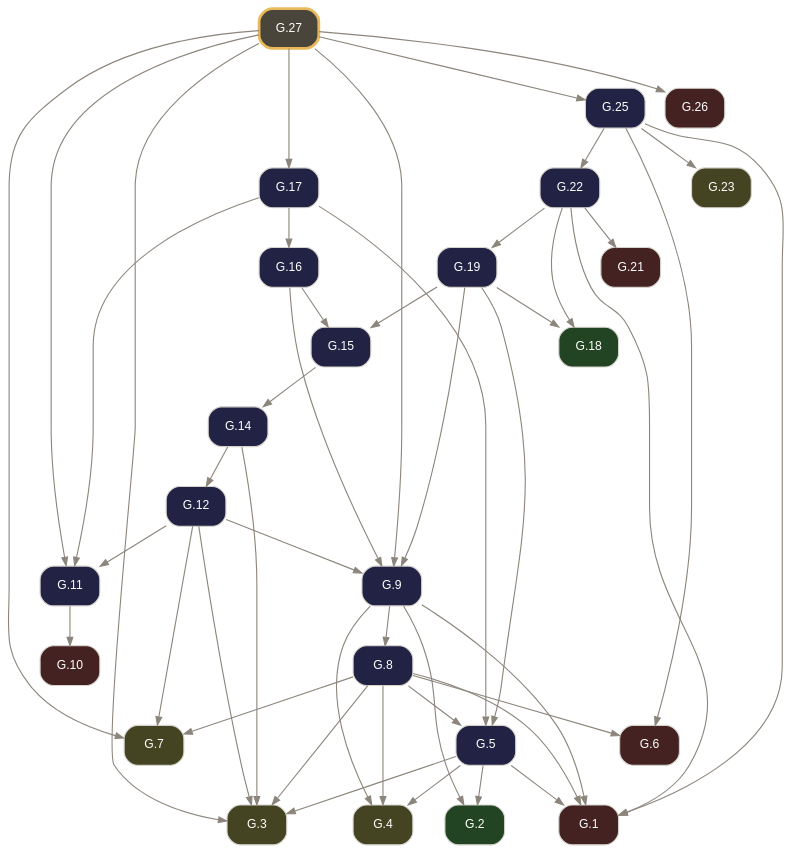
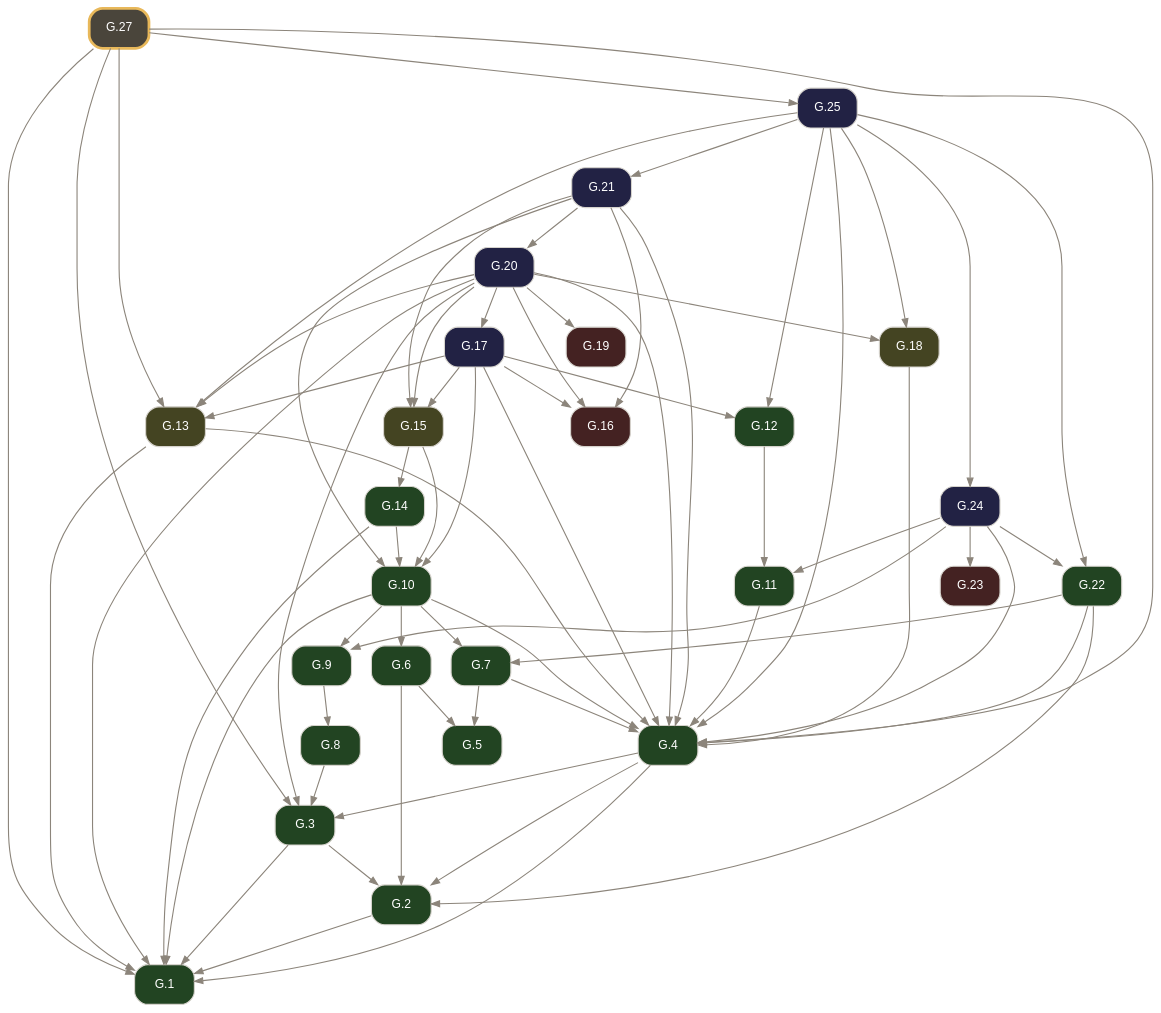
Before and after one commit to geometor/elements: the diagram in docsrc/elements2/G.27/index.rst, drawn with Graphviz. The commit also changed other lines of this file and 2974 other files, not shown here.

Commit message:
feat(elements2): wire defined terms, short verb titles, coincidence operator, and 2-point circle notation (v0.4.0)

```diff
--- a/docsrc/elements2/G.27/index.rst
+++ b/docsrc/elements2/G.27/index.rst
@@ -106,74 +75,96 @@
      node [shape=box, style="rounded,filled", fontname="Helvetica", fontsize=11, color="#d6d3cd", fontcolor="#ffffff"];
      edge [color="#8c857b", fontcolor="#8c857b", arrowsize=0.75];
      rankdir="TB";
-     "G.1" [label="G.1", tooltip="G.1 (I.cn.1): Things equal to the same thing are equal to one another.", fillcolor="#442222", URL="../G.1/index.html", target="_top"];
-     "G.2" [label="G.2", tooltip="G.2 (I.def.15): A circle is a plane figure contained by one line such that all segments falling upon it from its center are equal.", fillcolor="#224422", URL="../G.2/index.html", target="_top"];
-     "G.3" [label="G.3", tooltip="G.3 (I.post.1): Construct a segment between any two points.", fillcolor="#444422", URL="../G.3/index.html", target="_top"];
-     "G.4" [label="G.4", tooltip="G.4 (I.post.3): Construct a circle with any center and radius.", fillcolor="#444422", URL="../G.4/index.html", target="_top"];
-     "G.5" [label="G.5", tooltip="G.5 (I.1): Construct an equilateral triangle on a given finite segment.", fillcolor="#222244", URL="../G.5/index.html", target="_top"];
-     "G.6" [label="G.6", tooltip="G.6 (I.cn.3): If equals are subtracted from equals, the remainders are equal.", fillcolor="#442222", URL="../G.6/index.html", target="_top"];
-     "G.7" [label="G.7", tooltip="G.7 (I.post.2): Extend a finite segment continuously in a straight line.", fillcolor="#444422", URL="../G.7/index.html", target="_top"];
-     "G.8" [label="G.8", tooltip="G.8 (I.2): Construct at a given point a segment equal to a given segment.", fillcolor="#222244", URL="../G.8/index.html", target="_top"];
-     "G.9" [label="G.9", tooltip="G.9 (I.3): Cut off from the greater of two unequal segments a segment equal to the less.", fillcolor="#222244", URL="../G.9/index.html", target="_top"];
-     "G.10" [label="G.10", tooltip="G.10 (I.cn.4): Things that coincide with one another are equal.", fillcolor="#442222", URL="../G.10/index.html", target="_top"];
-     "G.11" [label="G.11", tooltip="G.11 (I.4): Triangles with two sides and the included angle equal are congruent (SAS).", fillcolor="#222244", URL="../G.11/index.html", target="_top"];
-     "G.12" [label="G.12", tooltip="G.12 (I.5): In an isosceles triangle, the angles at the base are equal, and if the equal sides are extended, the angles under the base are equal.", fillcolor="#222244", URL="../G.12/index.html", target="_top"];
-     "G.14" [label="G.14", tooltip="G.14 (I.7): On the same segment and on the same side, there cannot be constructed two distinct triangles with both pairs of conterminous sides equal.", fillcolor="#222244", URL="../G.14/index.html", target="_top"];
-     "G.15" [label="G.15", tooltip="G.15 (I.8): Triangles with all three corresponding sides equal have their corresponding angles equal (SSS).", fillcolor="#222244", URL="../G.15/index.html", target="_top"];
-     "G.16" [label="G.16", tooltip="G.16 (I.9): Bisect a given angle.", fillcolor="#222244", URL="../G.16/index.html", target="_top"];
-     "G.17" [label="G.17", tooltip="G.17 (I.10): Bisect a given finite segment.", fillcolor="#222244", URL="../G.17/index.html", target="_top"];
-     "G.18" [label="G.18", tooltip="G.18 (I.def.10): When a straight line standing on a straight line makes the adjacent angles equal, each of the equal angles is a right angle, and the standing line is perpendicular to that on which...", fillcolor="#224422", URL="../G.18/index.html", target="_top"];
-     "G.19" [label="G.19", tooltip="G.19 (I.11): Construct a line at right angles to a given line from a given point on it.", fillcolor="#222244", URL="../G.19/index.html", target="_top"];
-     "G.21" [label="G.21", tooltip="G.21 (I.cn.2): If equals are added to equals, the wholes are equal.", fillcolor="#442222", URL="../G.21/index.html", target="_top"];
-     "G.22" [label="G.22", tooltip="G.22 (I.13): A ray standing on a line makes either two right angles or adjacent angles summing to two right angles.", fillcolor="#222244", URL="../G.22/index.html", target="_top"];
-     "G.23" [label="G.23", tooltip="G.23 (I.post.4): All right angles are equal.", fillcolor="#444422", URL="../G.23/index.html", target="_top"];
-     "G.25" [label="G.25", tooltip="G.25 (I.15): Intersecting lines make their vertical angles equal.", fillcolor="#222244", URL="../G.25/index.html", target="_top"];
-     "G.26" [label="G.26", tooltip="G.26 (I.cn.5): The whole is greater than the part.", fillcolor="#442222", URL="../G.26/index.html", target="_top"];
-     "G.27" [label="G.27", tooltip="G.27 (I.16): In any triangle, if one side is extended, the exterior angle is greater than either opposite interior angle.", penwidth=2.5, color="#e8b85a", fillcolor="#4a453b", URL="index.html", target="_top"];
-     "G.5" -> "G.1";
-     "G.8" -> "G.1";
-     "G.9" -> "G.1";
-     "G.22" -> "G.1";
-     "G.25" -> "G.1";
-     "G.5" -> "G.2";
-     "G.9" -> "G.2";
-     "G.5" -> "G.3";
+     "G.1" [label="G.1", tooltip="G.1 (I.def.1): A point A is that which has no part.", fillcolor="#224422", URL="../G.1/index.html", target="_top"];
+     "G.2" [label="G.2", tooltip="G.2 (I.def.2): A line [ A B ] is a projection of a relationship of two points A, B.", fillcolor="#224422", URL="../G.2/index.html", target="_top"];
+     "G.3" [label="G.3", tooltip="G.3 (I.def.3): The extremities of a segment / A B / are points A, B.", fillcolor="#224422", URL="../G.3/index.html", target="_top"];
+     "G.4" [label="G.4", tooltip="G.4 (I.def.4): A segment / A B / is a portion of a line [ A B ] between two points A, B on the line.", fillcolor="#224422", URL="../G.4/index.html", target="_top"];
+     "G.5" [label="G.5", tooltip="G.5 (I.def.5): A surface is that which has length and breadth only.", fillcolor="#224422", URL="../G.5/index.html", target="_top"];
+     "G.6" [label="G.6", tooltip="G.6 (I.def.6): The extremities of a surface are lines or arcs.", fillcolor="#224422", URL="../G.6/index.html", target="_top"];
+     "G.7" [label="G.7", tooltip="G.7 (I.def.7): A plane surface lies evenly with the lines on itself.", fillcolor="#224422", URL="../G.7/index.html", target="_top"];
+     "G.8" [label="G.8", tooltip="G.8 (I.def.13): A boundary is the extremity of anything.", fillcolor="#224422", URL="../G.8/index.html", target="_top"];
+     "G.9" [label="G.9", tooltip="G.9 (I.def.14): A figure is that which is contained by any boundary or boundaries.", fillcolor="#224422", URL="../G.9/index.html", target="_top"];
+     "G.10" [label="G.10", tooltip="G.10 (I.def.15): A circle ( A B ) is a plane figure contained by one arc defined by a center A and a point B establishing its defining radius / A B /, such that all segments / A B /, / A C /, / A D...", fillcolor="#224422", URL="../G.10/index.html", target="_top"];
+     "G.11" [label="G.11", tooltip="G.11 (I.def.19): Rectilineal figures are contained by segments: trilateral by three, quadrilateral by four, and multilateral by more than four.", fillcolor="#224422", URL="../G.11/index.html", target="_top"];
+     "G.12" [label="G.12", tooltip="G.12 (I.def.20): Of trilateral figures, an equilateral triangle < A B C > has three equal sides, an isosceles triangle < D E F > has two equal sides, and a scalene triangle < G H K > has three uneq...", fillcolor="#224422", URL="../G.12/index.html", target="_top"];
+     "G.13" [label="G.13", tooltip="G.13 (I.post.1): Construct a segment / A B / between any two points A, B.", fillcolor="#444422", URL="../G.13/index.html", target="_top"];
+     "G.14" [label="G.14", tooltip="G.14 (I.def.16): The point A within the circle ( A B ) from which all segments / A B /, / A C / to the arc are equal is called the center of the circle.", fillcolor="#224422", URL="../G.14/index.html", target="_top"];
+     "G.15" [label="G.15", tooltip="G.15 (I.post.3): Construct a circle ( A B ) with center A and defining radius point B.", fillcolor="#444422", URL="../G.15/index.html", target="_top"];
+     "G.16" [label="G.16", tooltip="G.16 (I.cn.1): Things equal to the same thing are equal to one another.", fillcolor="#442222", URL="../G.16/index.html", target="_top"];
+     "G.17" [label="G.17", tooltip="G.17 (I.1): Construct an equilateral triangle on a given segment.", fillcolor="#222244", URL="../G.17/index.html", target="_top"];
+     "G.18" [label="G.18", tooltip="G.18 (I.post.2): Extend a segment / A B / continuously along a line [ A B ] to / B C /.", fillcolor="#444422", URL="../G.18/index.html", target="_top"];
+     "G.19" [label="G.19", tooltip="G.19 (I.cn.3): If equals are subtracted from equals, the remainders are equal.", fillcolor="#442222", URL="../G.19/index.html", target="_top"];
+     "G.20" [label="G.20", tooltip="G.20 (I.2): Construct at a given point a segment equal to a given segment.", fillcolor="#222244", URL="../G.20/index.html", target="_top"];
+     "G.21" [label="G.21", tooltip="G.21 (I.3): Cut off from the greater of two unequal segments a segment equal to the less.", fillcolor="#222244", URL="../G.21/index.html", target="_top"];
+     "G.22" [label="G.22", tooltip="G.22 (I.def.8): A plane angle is the inclination to one another of two lines or arcs in a plane that meet and do not lie on the same line.", fillcolor="#224422", URL="../G.22/index.html", target="_top"];
+     "G.23" [label="G.23", tooltip="G.23 (I.cn.4): Things / A B /, / D E / that coincide with one another are equal to one another.", fillcolor="#442222", URL="../G.23/index.html", target="_top"];
+     "G.24" [label="G.24", tooltip="G.24 (I.4): Triangles with two sides and the included angle equal are congruent (SAS).", fillcolor="#222244", URL="../G.24/index.html", target="_top"];
+     "G.25" [label="G.25", tooltip="G.25 (I.5): In an isosceles triangle, the angles at the base are equal, and if the equal sides are extended, the angles under the base are equal.", fillcolor="#222244", URL="../G.25/index.html", target="_top"];
+     "G.27" [label="G.27", tooltip="G.27 (I.7): On the same segment and on the same side, there cannot be constructed two distinct triangles with both pairs of conterminous sides equal.", penwidth=2.5, color="#e8b85a", fillcolor="#4a453b", URL="index.html", target="_top"];
+     "G.2" -> "G.1";
+     "G.3" -> "G.1";
+     "G.4" -> "G.1";
+     "G.10" -> "G.1";
+     "G.13" -> "G.1";
+     "G.14" -> "G.1";
+     "G.20" -> "G.1";
+     "G.27" -> "G.1";
+     "G.3" -> "G.2";
+     "G.4" -> "G.2";
+     "G.6" -> "G.2";
+     "G.22" -> "G.2";
+     "G.4" -> "G.3";
      "G.8" -> "G.3";
-     "G.12" -> "G.3";
-     "G.14" -> "G.3";
+     "G.20" -> "G.3";
      "G.27" -> "G.3";
-     "G.5" -> "G.4";
-     "G.8" -> "G.4";
-     "G.9" -> "G.4";
-     "G.8" -> "G.5";
-     "G.17" -> "G.5";
-     "G.19" -> "G.5";
-     "G.8" -> "G.6";
-     "G.25" -> "G.6";
-     "G.8" -> "G.7";
-     "G.12" -> "G.7";
-     "G.27" -> "G.7";
+     "G.7" -> "G.4";
+     "G.10" -> "G.4";
+     "G.11" -> "G.4";
+     "G.13" -> "G.4";
+     "G.17" -> "G.4";
+     "G.18" -> "G.4";
+     "G.20" -> "G.4";
+     "G.21" -> "G.4";
+     "G.22" -> "G.4";
+     "G.24" -> "G.4";
+     "G.25" -> "G.4";
+     "G.27" -> "G.4";
+     "G.6" -> "G.5";
+     "G.7" -> "G.5";
+     "G.10" -> "G.6";
+     "G.10" -> "G.7";
+     "G.22" -> "G.7";
      "G.9" -> "G.8";
-     "G.12" -> "G.9";
-     "G.16" -> "G.9";
-     "G.19" -> "G.9";
-     "G.27" -> "G.9";
-     "G.11" -> "G.10";
+     "G.10" -> "G.9";
+     "G.24" -> "G.9";
+     "G.14" -> "G.10";
+     "G.15" -> "G.10";
+     "G.17" -> "G.10";
+     "G.21" -> "G.10";
      "G.12" -> "G.11";
-     "G.17" -> "G.11";
-     "G.27" -> "G.11";
-     "G.14" -> "G.12";
+     "G.24" -> "G.11";
+     "G.17" -> "G.12";
+     "G.25" -> "G.12";
+     "G.17" -> "G.13";
+     "G.20" -> "G.13";
+     "G.25" -> "G.13";
+     "G.27" -> "G.13";
      "G.15" -> "G.14";
-     "G.16" -> "G.15";
-     "G.19" -> "G.15";
+     "G.17" -> "G.15";
+     "G.20" -> "G.15";
+     "G.21" -> "G.15";
      "G.17" -> "G.16";
-     "G.27" -> "G.17";
-     "G.19" -> "G.18";
-     "G.22" -> "G.18";
-     "G.22" -> "G.19";
-     "G.22" -> "G.21";
+     "G.20" -> "G.16";
+     "G.21" -> "G.16";
+     "G.20" -> "G.17";
+     "G.20" -> "G.18";
+     "G.25" -> "G.18";
+     "G.20" -> "G.19";
+     "G.21" -> "G.20";
+     "G.25" -> "G.21";
+     "G.24" -> "G.22";
      "G.25" -> "G.22";
-     "G.25" -> "G.23";
+     "G.24" -> "G.23";
+     "G.25" -> "G.24";
      "G.27" -> "G.25";
-     "G.27" -> "G.26";
    }
```
